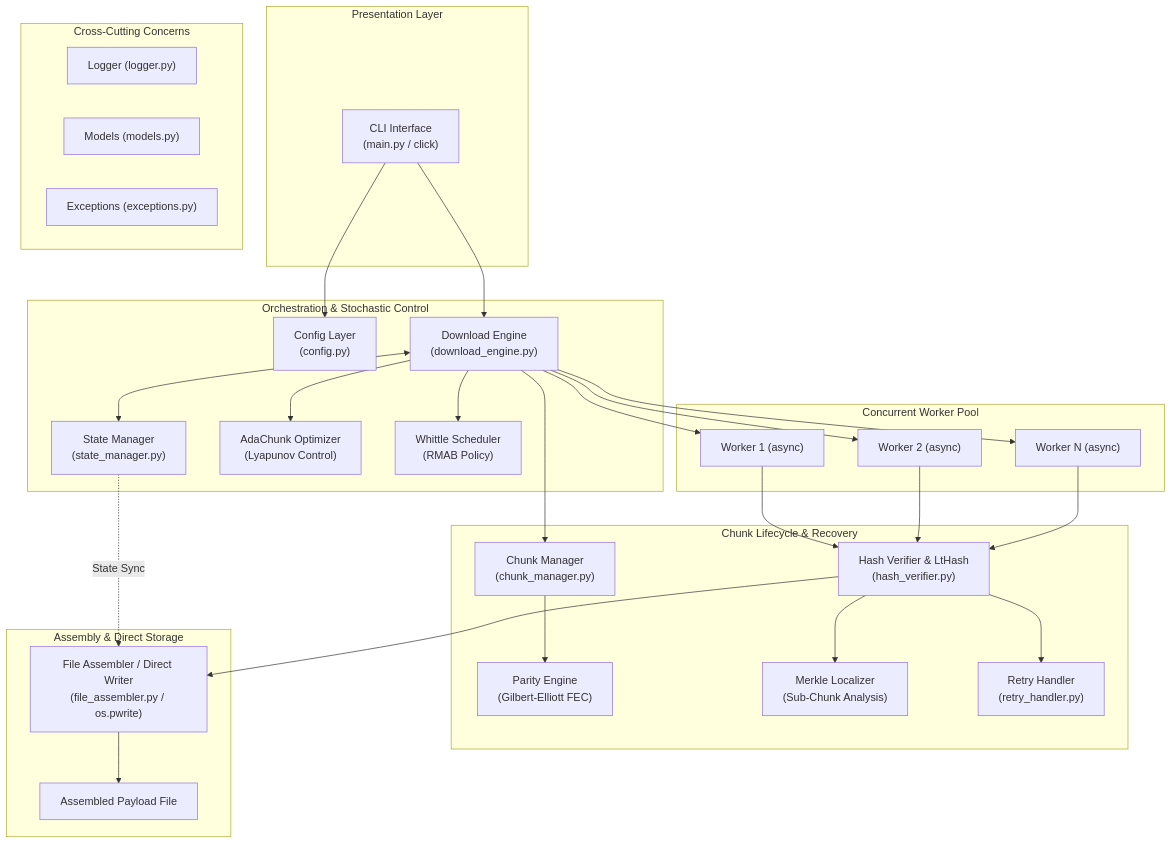
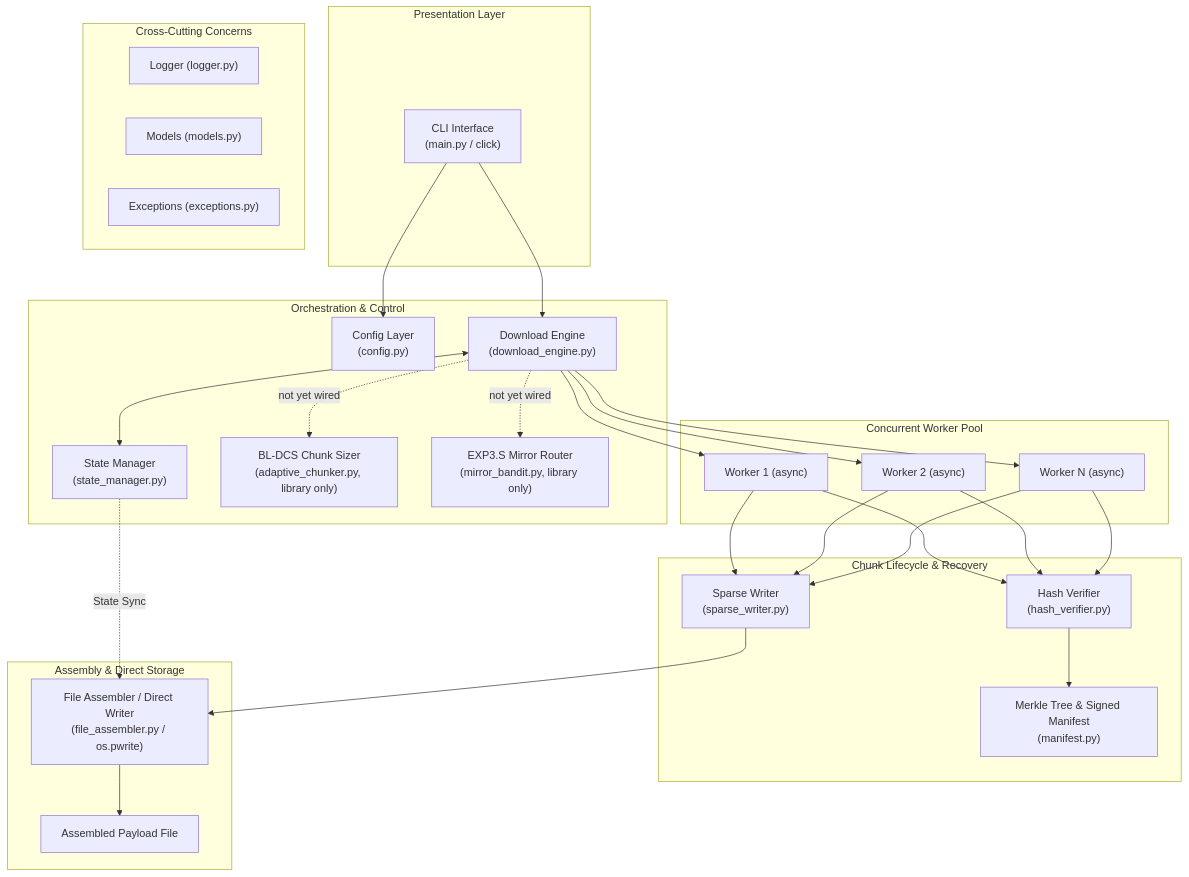
One commit to PxA-Labs/ReliaDL changed the first of 4 diagrams in docs/ARCHITECTURE.md. Above: the diagram before and after it, drawn with Mermaid. The commit also changed other lines of this file and 28 other files, not shown here.

````diff
--- a/docs/ARCHITECTURE.md
+++ b/docs/ARCHITECTURE.md
@@ -25,54 +25,50 @@
 ```mermaid
 graph TB
     subgraph PresentationLayer["Presentation Layer"]
         CLI["CLI Interface<br/>(main.py / click)"]
     end
 
-    subgraph OrchestrationLayer["Orchestration & Stochastic Control"]
+    subgraph OrchestrationLayer["Orchestration & Control"]
         CONF["Config Layer<br/>(config.py)"]
         ENG["Download Engine<br/>(download_engine.py)"]
         SM["State Manager<br/>(state_manager.py)"]
-        AC["AdaChunk Optimizer<br/>(Lyapunov Control)"]
-        WS["Whittle Scheduler<br/>(RMAB Policy)"]
+        AC["BL-DCS Chunk Sizer<br/>(adaptive_chunker.py, library only)"]
+        WS["EXP3.S Mirror Router<br/>(mirror_bandit.py, library only)"]
     end
 
     subgraph ConcurrencyLayer["Concurrent Worker Pool"]
         W1["Worker 1 (async)"]
         W2["Worker 2 (async)"]
         WN["Worker N (async)"]
     end
 
     subgraph ChunkLifecycle["Chunk Lifecycle & Recovery"]
-        CM["Chunk Manager<br/>(chunk_manager.py)"]
-        PE["Parity Engine<br/>(Gilbert-Elliott FEC)"]
-        HV["Hash Verifier & LtHash<br/>(hash_verifier.py)"]
-        ML["Merkle Localizer<br/>(Sub-Chunk Analysis)"]
-        RH["Retry Handler<br/>(retry_handler.py)"]
+        HV["Hash Verifier<br/>(hash_verifier.py)"]
+        MF["Merkle Tree & Signed Manifest<br/>(manifest.py)"]
+        FW["Sparse Writer<br/>(sparse_writer.py)"]
     end
 
     subgraph StorageLayer["Assembly & Direct Storage"]
         FA["File Assembler / Direct Writer<br/>(file_assembler.py / os.pwrite)"]
         TARGET["Assembled Payload File"]
     end
 
     subgraph CrossCutting["Cross-Cutting Concerns"]
         LOG["Logger (logger.py)"]
         MOD["Models (models.py)"]
         EXC["Exceptions (exceptions.py)"]
     end
 
     CLI --> CONF
     CLI --> ENG
     ENG <--> SM
-    ENG --> AC
-    ENG --> WS
-    ENG --> CM
-    CM --> PE
+    ENG -. "not yet wired" .-> AC
+    ENG -. "not yet wired" .-> WS
     ENG --> W1 & W2 & WN
     W1 & W2 & WN --> HV
-    HV --> ML
-    HV --> RH
-    HV --> FA
+    W1 & W2 & WN --> FW
+    HV --> MF
+    FW --> FA
     FA --> TARGET
     SM -. "State Sync" .-> FA
 ```
````
